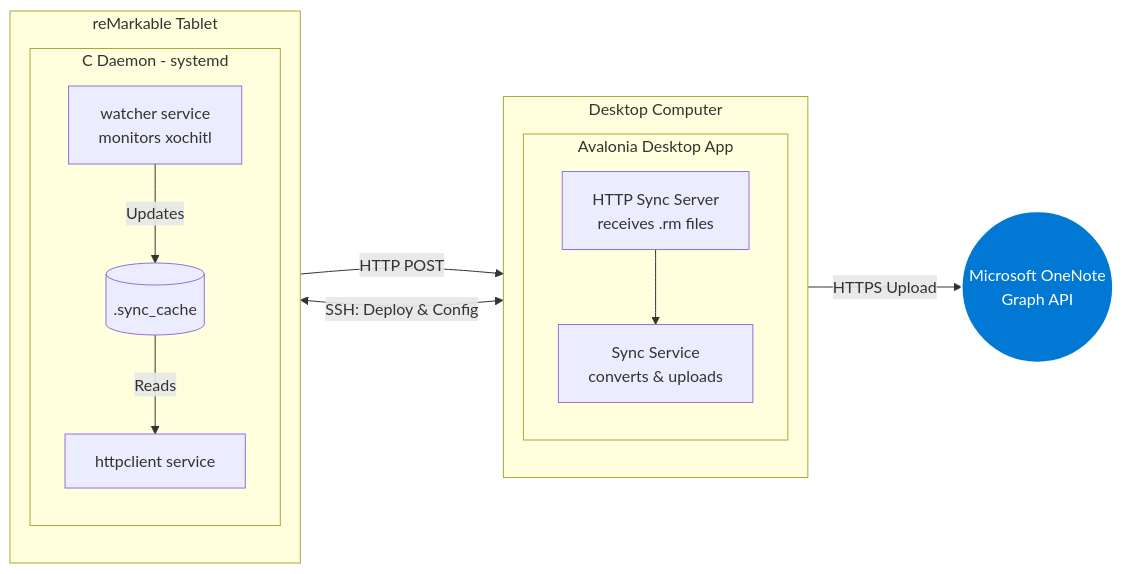
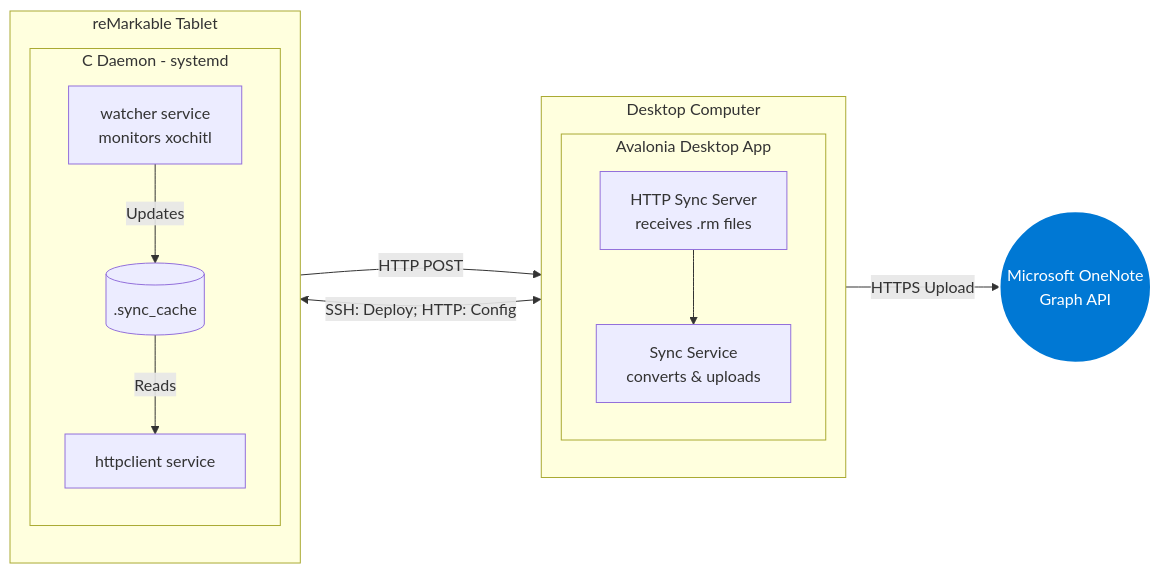
The diagram in CONTRIBUTING.md (Excustic/rmOneNoteSync), drawn with Mermaid before and after one commit. The commit also changed other lines of this file and 24 other files, not shown here.

Commit message:
Opted out from monolithic daemon config to seperate configs which are source of truth. Fixed multithreaded uploads and added fallback mechanisms.

````diff
--- a/CONTRIBUTING.md
+++ b/CONTRIBUTING.md
@@ -45,35 +45,35 @@
 ```mermaid
 flowchart LR
     subgraph Desktop[Desktop Computer]
         direction TB
         subgraph Avalonia[Avalonia Desktop App]
             Receiver[HTTP Sync Server<br/>receives .rm files]
             Uploader[Sync Service<br/>converts & uploads]
             
             Receiver --> Uploader
         end
     end
 
     subgraph Tablet[reMarkable Tablet]
         direction TB
         subgraph Daemon[C Daemon - systemd]
             Watcher[watcher service<br/>monitors xochitl]
             Cache[(.sync_cache)]
             Http[httpclient service]
 
             Watcher -->|Updates| Cache
             Cache -->|Reads| Http
         end
     end
 
     OneNote((Microsoft OneNote<br/>Graph API))
 
     %% Network Connections
-    Avalonia <-->|SSH: Deploy & Config| Daemon
+    Avalonia <-->|SSH: Deploy; HTTP: Config| Daemon
     Http -->|HTTP POST| Receiver
     Uploader -->|HTTPS Upload| OneNote
     
     %% Styling
     classDef cloud fill:#0078d4,stroke:#fff,stroke-width:2px,color:#fff;
     class OneNote cloud;
 ```
````
